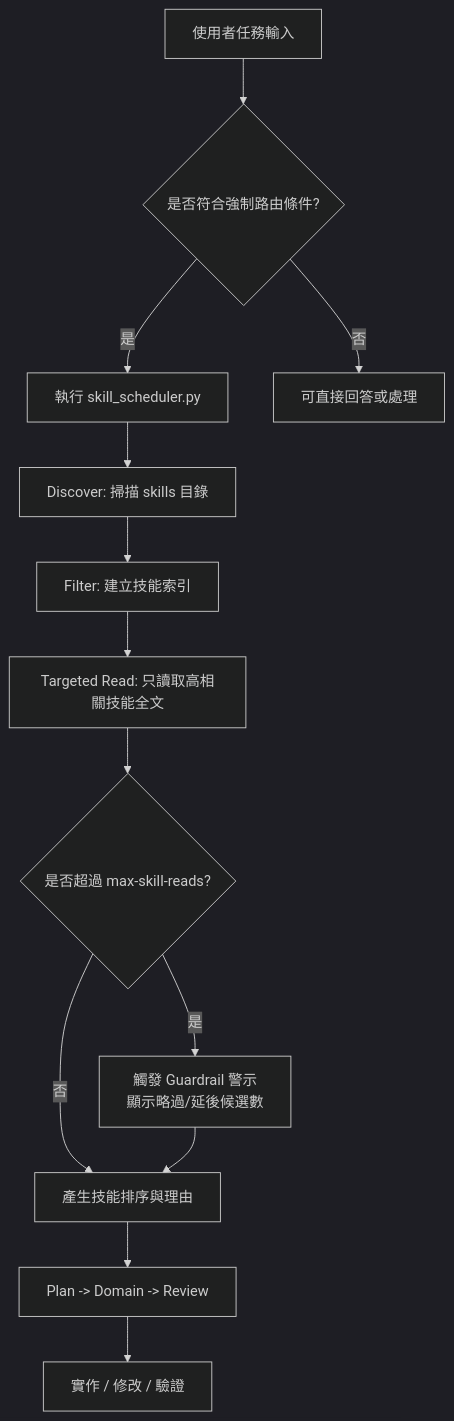
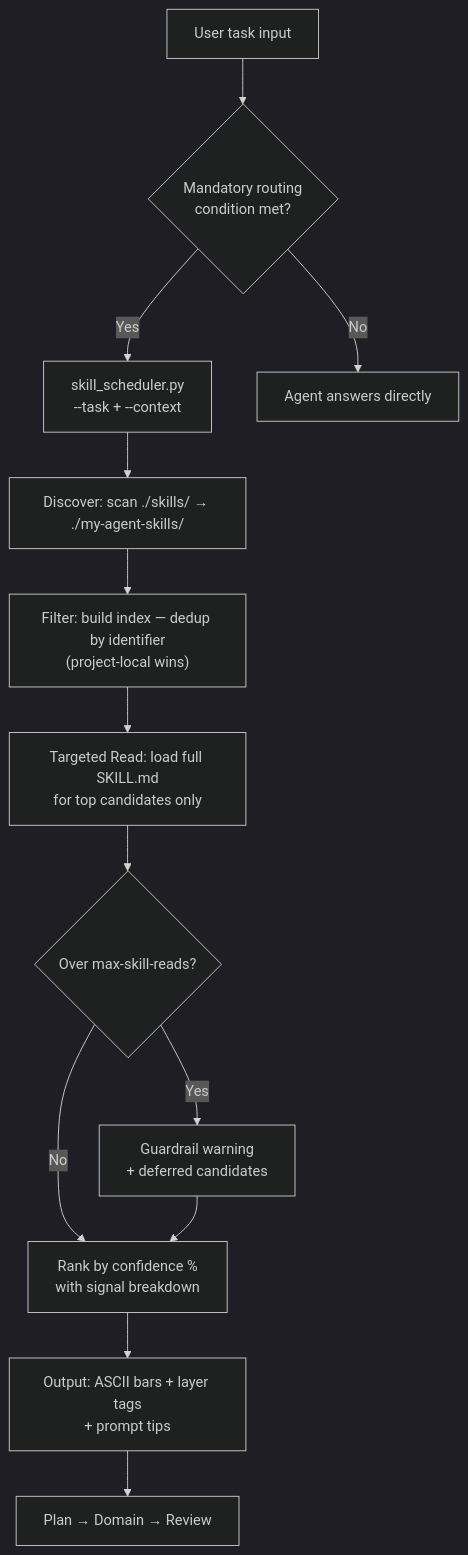
One commit to Alanlee0323/my-agent-bootstrap changed the diagram in README.md. Above: the diagram before and after it, drawn with Mermaid (dark theme). The commit also changed other lines of this file and 2 other files, not shown here.

First line of the commit message:
feat: dual-layer architecture, GitNexus integration, git exclude, scheduler upgrade

````diff
--- a/README.md
+++ b/README.md
@@ -12,18 +100,18 @@
 ```mermaid
 flowchart TD
-    A[使用者任務輸入] --> B{是否符合強制路由條件?}
-    B -->|是| C[執行 skill_scheduler.py]
-    B -->|否| D[可直接回答或處理]
+    A[User task input] --> B{Mandatory routing<br/>condition met?}
+    B -->|Yes| C["skill_scheduler.py<br/>--task + --context"]
+    B -->|No| D[Agent answers directly]
 
-    C --> E[Discover: 掃描 skills 目錄]
-    E --> F[Filter: 建立技能索引]
-    F --> G[Targeted Read: 只讀取高相關技能全文]
-    G --> H{是否超過 max-skill-reads?}
+    C --> E["Discover: scan ./skills/ → ./my-agent-skills/"]
+    E --> F["Filter: build index — dedup by identifier<br/>(project-local wins)"]
+    F --> G["Targeted Read: load full SKILL.md<br/>for top candidates only"]
+    G --> H{Over max-skill-reads?}
 
-    H -->|否| I[產生技能排序與理由]
-    H -->|是| J[觸發 Guardrail 警示\n顯示略過/延後候選數]
+    H -->|No| I["Rank by confidence %<br/>with signal breakdown"]
+    H -->|Yes| J["Guardrail warning<br/>+ deferred candidates"]
     J --> I
 
-    I --> K[Plan -> Domain -> Review]
-    K --> L[實作 / 修改 / 驗證]
+    I --> K["Output: ASCII bars + layer tags<br/>+ prompt tips"]
+    K --> L["Plan → Domain → Review"]
 ```
````
